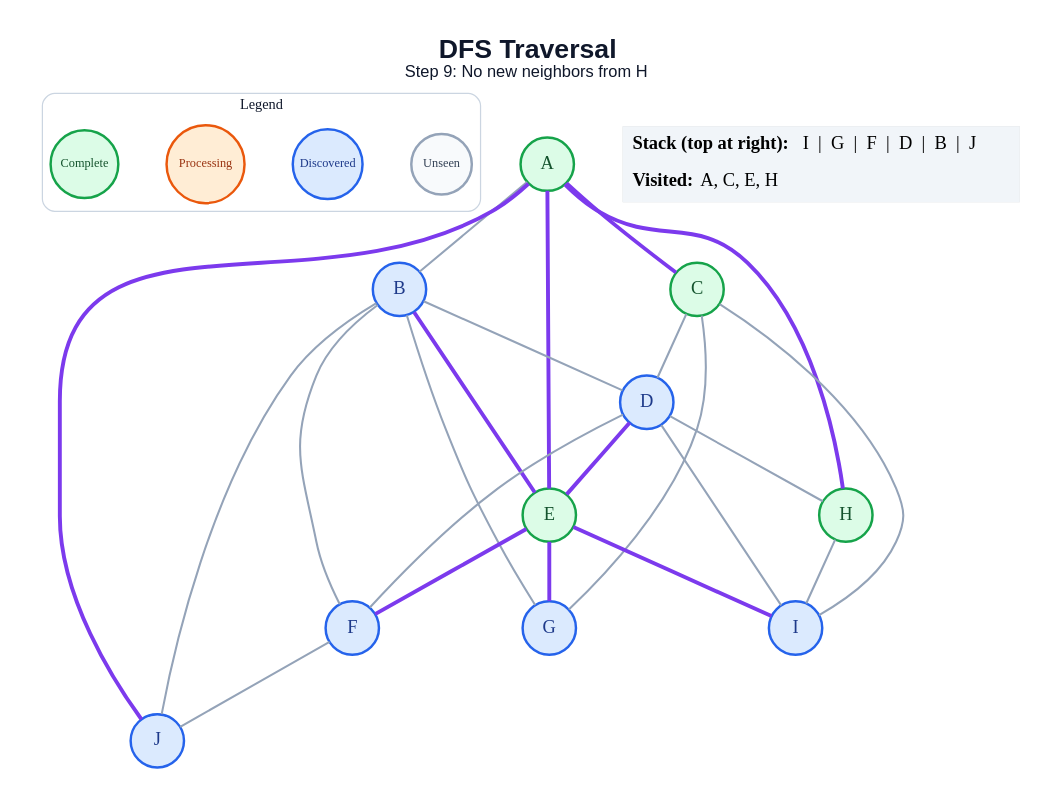
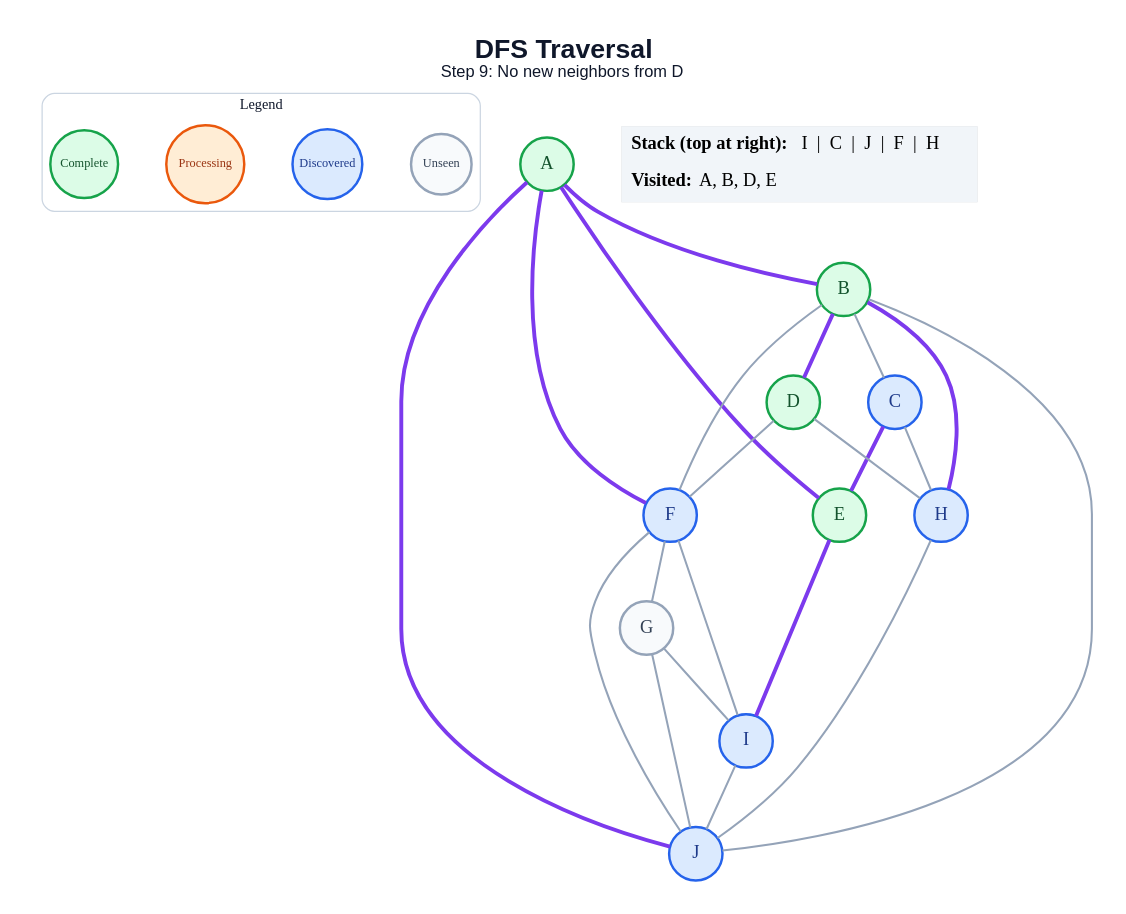
Before and after one commit to amanghodawala9/ai-slop: the diagram in generated/specific-node/dfs/step_09.dot, drawn with Graphviz. The commit also changed 178 other files, not shown here.

```diff
--- a/generated/specific-node/dfs/step_09.dot
+++ b/generated/specific-node/dfs/step_09.dot
@@ -1,51 +1,50 @@
 graph traversal {
   graph [layout=dot, rankdir=TB, bgcolor="#FFFFFF", pad="0.35", nodesep="0.65", ranksep="0.8", fontname="Arial"];
   node [shape=circle, style="filled", fontname="Arial Bold", fontsize=18, width=0.72, fixedsize=true, penwidth=2.4];
   edge [color="#94A3B8", penwidth=2.0];
-  label=<<B>DFS Traversal</B><BR/><FONT POINT-SIZE="16">Step 9: No new neighbors from H</FONT>>; labelloc="t"; fontsize=26; fontname="Arial"; fontcolor="#0F172A";
+  label=<<B>DFS Traversal</B><BR/><FONT POINT-SIZE="16">Step 9: No new neighbors from D</FONT>>; labelloc="t"; fontsize=26; fontname="Arial"; fontcolor="#0F172A";
   subgraph cluster_legend { label="Legend"; color="#CBD5E1"; penwidth=1.2; style="rounded"; fontsize=14; fontname="Arial Bold";
     key_unseen [label="Unseen", fillcolor="#F8FAFC", color="#94A3B8", fontcolor="#334155", fontsize=12, width=0.82];
     key_frontier [label="Discovered", fillcolor="#DBEAFE", color="#2563EB", fontcolor="#1E3A8A", fontsize=12, width=0.95];
     key_current [label="Processing", fillcolor="#FFEDD5", color="#EA580C", fontcolor="#9A3412", fontsize=12, width=1.05];
     key_done [label="Complete", fillcolor="#DCFCE7", color="#16A34A", fontcolor="#14532D", fontsize=12, width=0.92];
     { rank=same; key_unseen; key_frontier; key_current; key_done; }
   }
   A [fillcolor="#DCFCE7", color="#16A34A", fontcolor="#14532D"];
-  B [fillcolor="#DBEAFE", color="#2563EB", fontcolor="#1E3A8A"];
-  C [fillcolor="#DCFCE7", color="#16A34A", fontcolor="#14532D"];
-  D [fillcolor="#DBEAFE", color="#2563EB", fontcolor="#1E3A8A"];
+  B [fillcolor="#DCFCE7", color="#16A34A", fontcolor="#14532D"];
+  C [fillcolor="#DBEAFE", color="#2563EB", fontcolor="#1E3A8A"];
+  D [fillcolor="#DCFCE7", color="#16A34A", fontcolor="#14532D"];
   E [fillcolor="#DCFCE7", color="#16A34A", fontcolor="#14532D"];
   F [fillcolor="#DBEAFE", color="#2563EB", fontcolor="#1E3A8A"];
-  G [fillcolor="#DBEAFE", color="#2563EB", fontcolor="#1E3A8A"];
-  H [fillcolor="#DCFCE7", color="#16A34A", fontcolor="#14532D"];
+  G [fillcolor="#F8FAFC", color="#94A3B8", fontcolor="#334155"];
+  H [fillcolor="#DBEAFE", color="#2563EB", fontcolor="#1E3A8A"];
   I [fillcolor="#DBEAFE", color="#2563EB", fontcolor="#1E3A8A"];
   J [fillcolor="#DBEAFE", color="#2563EB", fontcolor="#1E3A8A"];
-  A -- B;
-  A -- C [color="#7C3AED", penwidth=3.8];
+  A -- B [color="#7C3AED", penwidth=3.8];
   A -- E [color="#7C3AED", penwidth=3.8];
-  A -- H [color="#7C3AED", penwidth=3.8];
+  A -- F [color="#7C3AED", penwidth=3.8];
   A -- J [color="#7C3AED", penwidth=3.8];
-  B -- D;
-  B -- E [color="#7C3AED", penwidth=3.8];
+  B -- C;
+  B -- D [color="#7C3AED", penwidth=3.8];
   B -- F;
-  B -- G;
+  B -- H [color="#7C3AED", penwidth=3.8];
   B -- J;
-  C -- D;
-  C -- G;
-  C -- I;
-  D -- E [color="#7C3AED", penwidth=3.8];
+  C -- E [color="#7C3AED", penwidth=3.8];
+  C -- H;
   D -- F;
   D -- H;
-  D -- I;
-  E -- F [color="#7C3AED", penwidth=3.8];
-  E -- G [color="#7C3AED", penwidth=3.8];
   E -- I [color="#7C3AED", penwidth=3.8];
+  F -- G;
+  F -- I;
   F -- J;
-  H -- I;
+  G -- I;
+  G -- J;
+  H -- J;
+  I -- J;
   status [shape=plain, fixedsize=false, width=0, height=0, margin=0, label=<
     <TABLE BORDER="0" CELLBORDER="0" CELLPADDING="7" BGCOLOR="#F1F5F9">
-      <TR><TD ALIGN="LEFT"><B>Stack (top at right):</B> I  |  G  |  F  |  D  |  B  |  J</TD></TR>
-      <TR><TD ALIGN="LEFT"><B>Visited:</B> A, C, E, H</TD></TR>
+      <TR><TD ALIGN="LEFT"><B>Stack (top at right):</B> I  |  C  |  J  |  F  |  H</TD></TR>
+      <TR><TD ALIGN="LEFT"><B>Visited:</B> A, B, D, E</TD></TR>
     </TABLE>
   >];
 }
```
